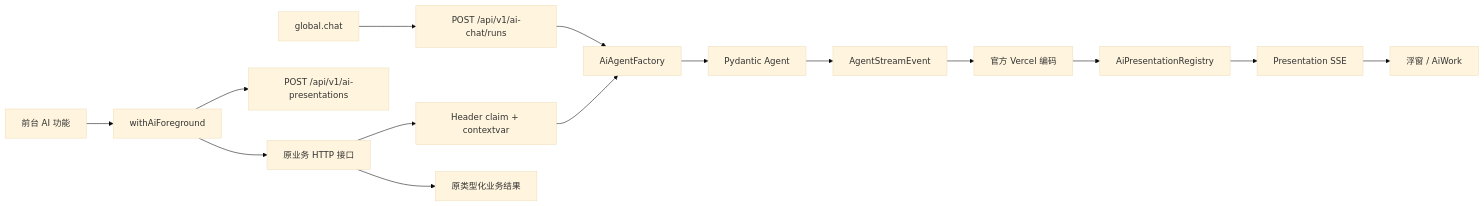
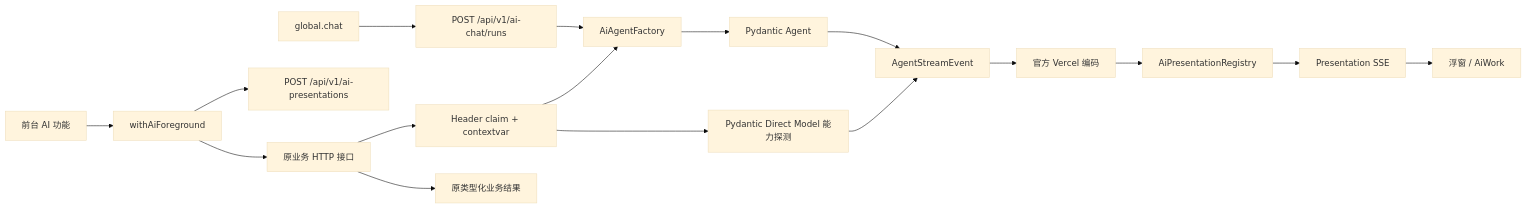
Before and after one commit to huandao-gonglu/ChampionErp: the second of 2 diagrams in docs/aiworkpage.md, drawn with Mermaid (base theme). The commit also changed other lines of this file and 9 other files, not shown here.

````diff
--- a/docs/aiworkpage.md
+++ b/docs/aiworkpage.md
@@ -29,20 +29,22 @@
 ```mermaid
 flowchart LR
     CHAT["global.chat"] --> CHAT_API["POST /api/v1/ai-chat/runs"]
     CHAT_API --> FACTORY["AiAgentFactory"]
 
     ACTION["前台 AI 功能"] --> WRAPPER["withAiForeground"]
     WRAPPER --> RESERVE["POST /api/v1/ai-presentations"]
     WRAPPER --> BUSINESS["原业务 HTTP 接口"]
     BUSINESS --> BOUNDARY["Header claim + contextvar"]
     BOUNDARY --> FACTORY
+    BOUNDARY --> DIRECT["Pydantic Direct Model 能力探测"]
 
     FACTORY --> AGENT["Pydantic Agent"]
     AGENT --> EVENTS["AgentStreamEvent"]
+    DIRECT --> EVENTS
     EVENTS --> ADAPTER["官方 Vercel 编码"]
     ADAPTER --> REGISTRY["AiPresentationRegistry"]
     REGISTRY --> STREAM["Presentation SSE"]
     STREAM --> DISPLAY["浮窗 / AiWork"]
 
     BUSINESS --> RESULT["原类型化业务结果"]
 ```
````
